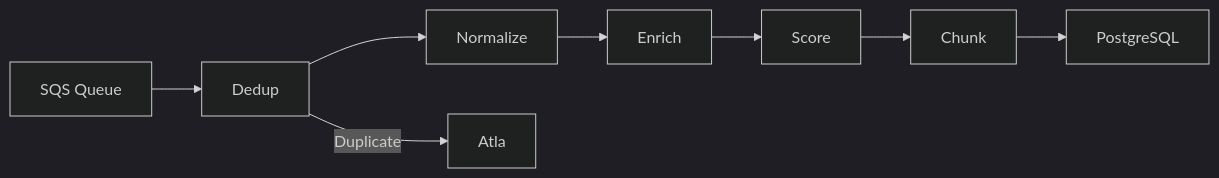
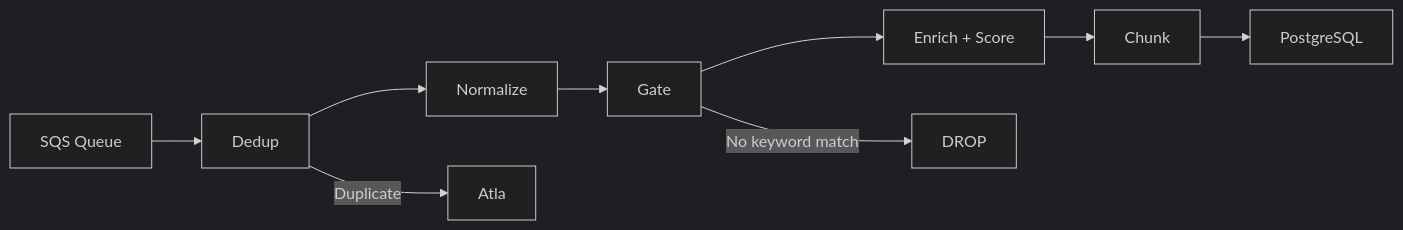
The third of 3 diagrams in Docs/04_BACKEND_SPEC.md (semihdilekci/executivemonitoring), drawn with Mermaid (dark theme) before and after one commit. The commit also changed other lines of this file and 81 other files, not shown here.

````diff
--- a/Docs/04_BACKEND_SPEC.md
+++ b/Docs/04_BACKEND_SPEC.md
@@ -615,10 +615,11 @@
 ```mermaid
 flowchart LR
     A["SQS Queue"] --> B["Dedup"]
     B --> C["Normalize"]
-    C --> D["Enrich"]
-    D --> E["Score"]
+    C --> D["Gate"]
+    D --> E["Enrich + Score"]
     E --> F["Chunk"]
     F --> G["PostgreSQL"]
     B -->|"Duplicate"| H["Atla"]
+    D -->|"No keyword match"| I["DROP"]
 ```
````
